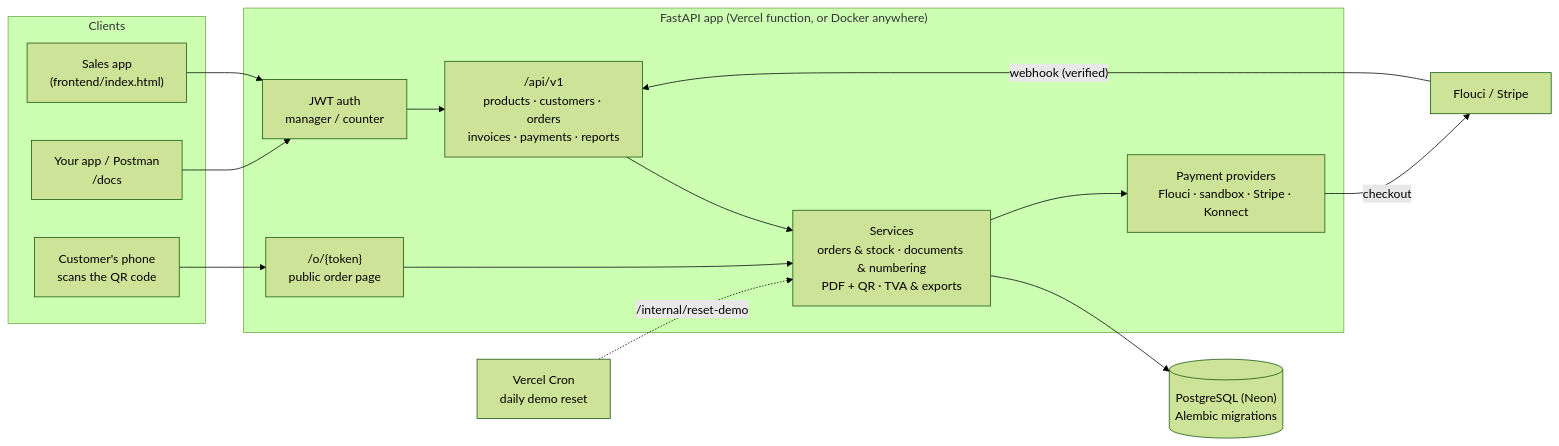
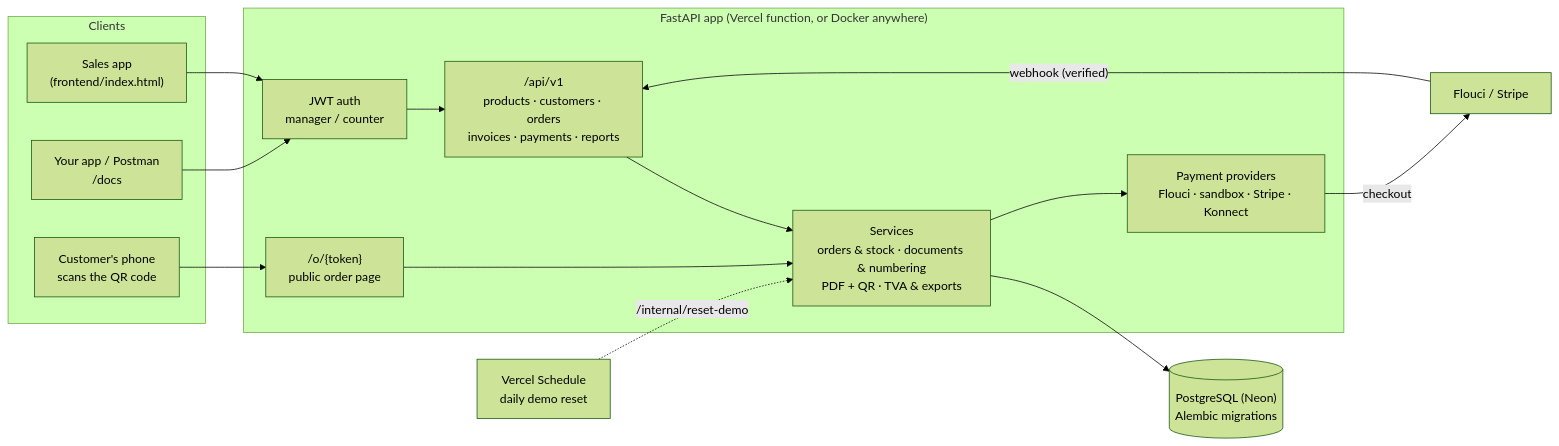
Before and after one commit to MedAmine-SUDO/order-invoice-api: the diagram in README.md, drawn with Mermaid (forest theme). The commit also changed other lines of this file and 6 other files, not shown here.

First line of the commit message:
Move the daily demo reset from Vercel Cron Jobs to Vercel Schedules

````diff
--- a/README.md
+++ b/README.md
@@ -119,27 +119,27 @@
 ```mermaid
 flowchart LR
     subgraph Clients
         POS["Sales app<br/>(frontend/index.html)"]
         DEV["Your app / Postman<br/>/docs"]
         PHONE["Customer's phone<br/>scans the QR code"]
     end
 
     subgraph API["FastAPI app (Vercel function, or Docker anywhere)"]
         AUTH["JWT auth<br/>manager / counter"]
         ROUTES["/api/v1<br/>products · customers · orders<br/>invoices · payments · reports"]
         PUBLIC["/o/{token}<br/>public order page"]
         SVC["Services<br/>orders & stock · documents & numbering<br/>PDF + QR · TVA & exports"]
         GW["Payment providers<br/>Flouci · sandbox · Stripe · Konnect"]
     end
 
     DB[("PostgreSQL (Neon)<br/>Alembic migrations")]
-    CRON["Vercel Cron<br/>daily demo reset"]
+    CRON["Vercel Schedule<br/>daily demo reset"]
     GATEWAY["Flouci / Stripe"]
 
     POS & DEV --> AUTH --> ROUTES --> SVC
     PHONE --> PUBLIC --> SVC
     SVC --> DB
     SVC --> GW -- "checkout" --> GATEWAY
     GATEWAY -- "webhook (verified)" --> ROUTES
     CRON -. "/internal/reset-demo" .-> SVC
 ```
````
